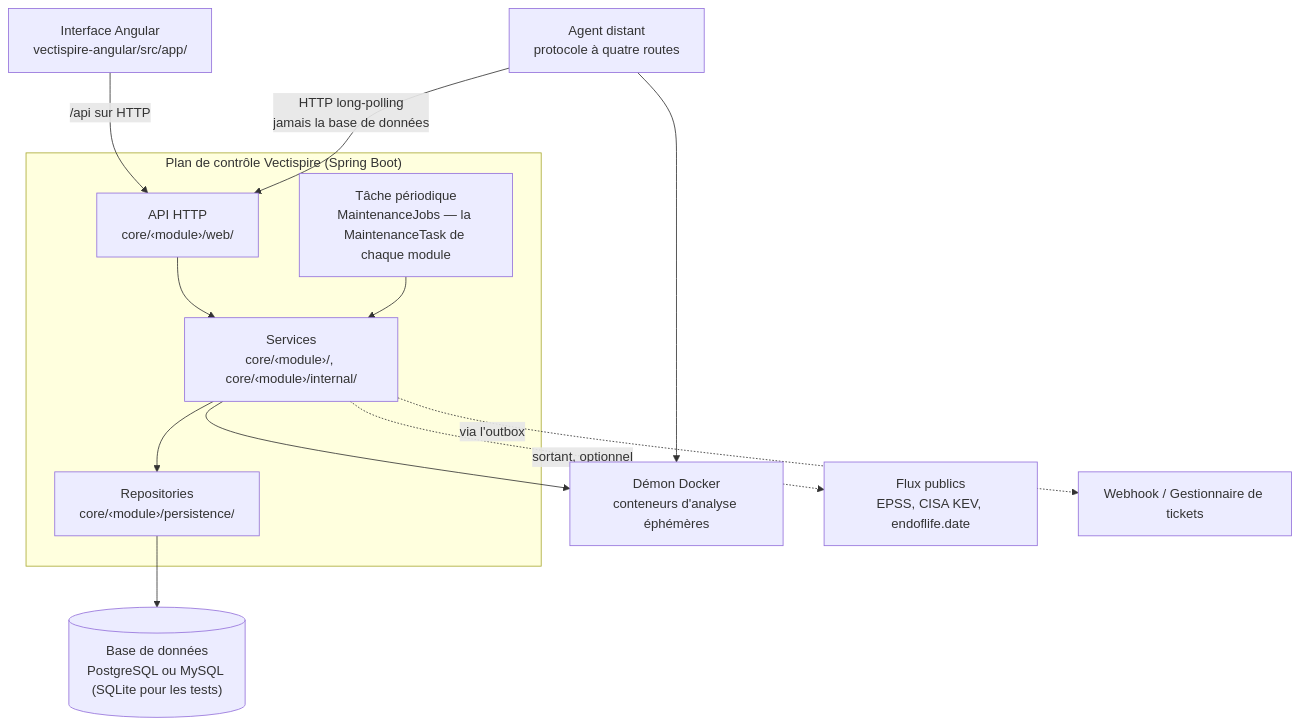
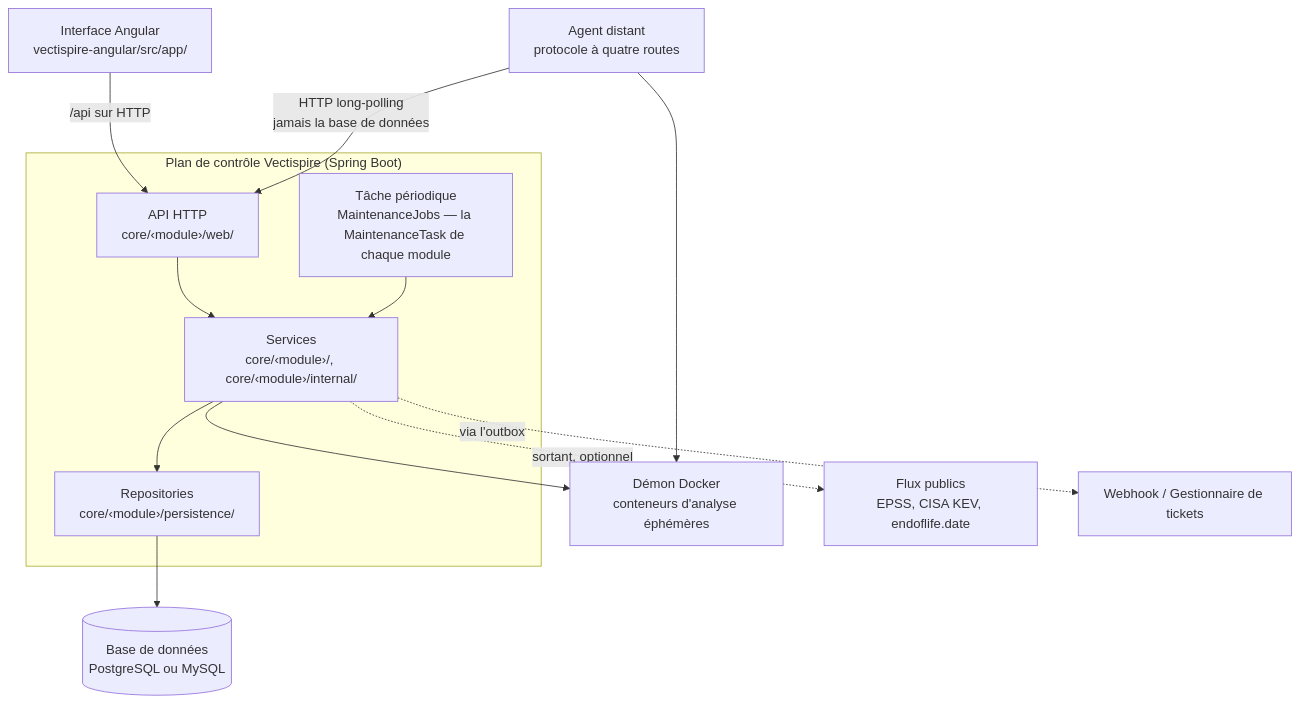
The first of 2 diagrams in docs/architecture/fr/01-overview.md (asmolabs/vectispire), drawn with Mermaid before and after one commit. The commit also changed 33 other files, not shown here.

````diff
--- a/docs/architecture/fr/01-overview.md
+++ b/docs/architecture/fr/01-overview.md
@@ -44,27 +44,27 @@
 ```mermaid
 flowchart TB
     subgraph proc["Plan de contrôle Vectispire (Spring Boot)"]
         API["API HTTP<br/>core/‹module›/web/"]
         SVC["Services<br/>core/‹module›/, core/‹module›/internal/"]
         REPO["Repositories<br/>core/‹module›/persistence/"]
         SCHED["Tâche périodique<br/>MaintenanceJobs — la MaintenanceTask de chaque module"]
     end
 
     UI["Interface Angular<br/>vectispire-angular/src/app/"]
-    DB[("Base de données<br/>PostgreSQL ou MySQL (SQLite pour les tests)")]
+    DB[("Base de données<br/>PostgreSQL ou MySQL")]
     DOCKER["Démon Docker<br/>conteneurs d'analyse éphémères"]
     AGENT["Agent distant<br/>protocole à quatre routes"]
     FEEDS["Flux publics<br/>EPSS, CISA KEV, endoflife.date"]
     HOOK["Webhook / Gestionnaire de tickets"]
 
     UI -->|"/api sur HTTP"| API
     API --> SVC
     SCHED --> SVC
     SVC --> REPO
     REPO --> DB
     SVC --> DOCKER
     SVC -.->|"sortant, optionnel"| FEEDS
     SVC -.->|"via l'outbox"| HOOK
     AGENT -->|"HTTP long-polling<br/>jamais la base de données"| API
     AGENT --> DOCKER
 ```
````
